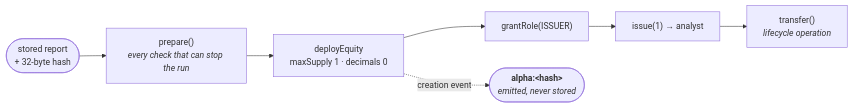
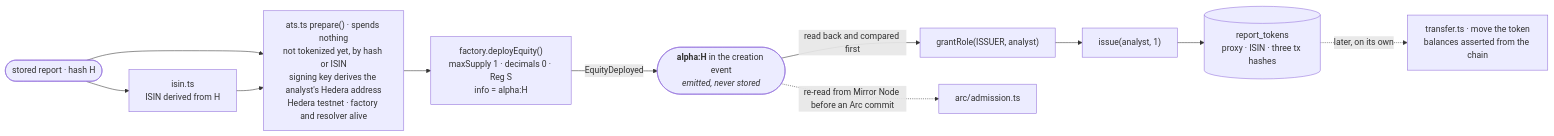
One commit to DhruPtel/ETHonline-2026-Alpha-Markets changed the diagram in src/tokenize/README.md. Above: the diagram before and after it, drawn with Mermaid. The commit also changed 116 other files, not shown here.

````diff
--- a/src/tokenize/README.md
+++ b/src/tokenize/README.md
@@ -8,9 +8,13 @@
 ```mermaid
 flowchart LR
-  R(["stored report<br/>+ 32-byte hash"]) --> P["prepare()<br/><i>every check that can stop the run</i>"]
-  P --> D["deployEquity<br/>maxSupply 1 · decimals 0"]
-  D --> G["grantRole(ISSUER)"]
-  G --> I["issue(1) → analyst"]
-  D -.->|"creation event"| E(["<b>alpha:&lt;hash&gt;</b><br/><i>emitted, never stored</i>"])
-  I --> T["transfer()<br/><i>lifecycle operation</i>"]
+  R(["stored report · hash H"]) --> H["isin.ts<br/>ISIN derived from H"]
+  R --> P["ats.ts prepare() · spends nothing<br/>not tokenized yet, by hash or ISIN<br/>signing key derives the analyst's Hedera address<br/>Hedera testnet · factory and resolver alive"]
+  H --> P
+  P --> D["factory.deployEquity()<br/>maxSupply 1 · decimals 0 · Reg S<br/>info = alpha:H"]
+  D -->|"EquityDeployed"| E(["<b>alpha:H</b> in the creation event<br/><i>emitted, never stored</i>"])
+  E -->|"read back and compared first"| G["grantRole(ISSUER, analyst)"]
+  G --> I["issue(analyst, 1)"]
+  I --> ROW[("report_tokens<br/>proxy · ISIN · three tx hashes")]
+  E -.->|"re-read from Mirror Node before an Arc commit"| ADM["arc/admission.ts"]
+  ROW -.->|"later, on its own"| T["transfer.ts · move the token<br/>balances asserted from the chain"]
 ```
````
